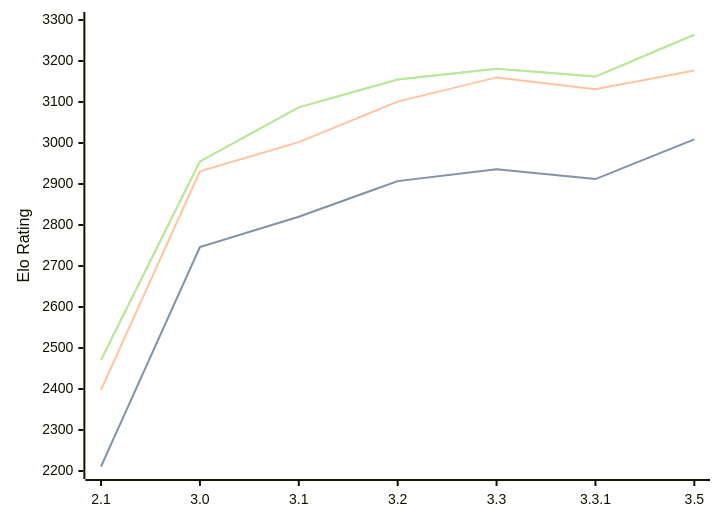
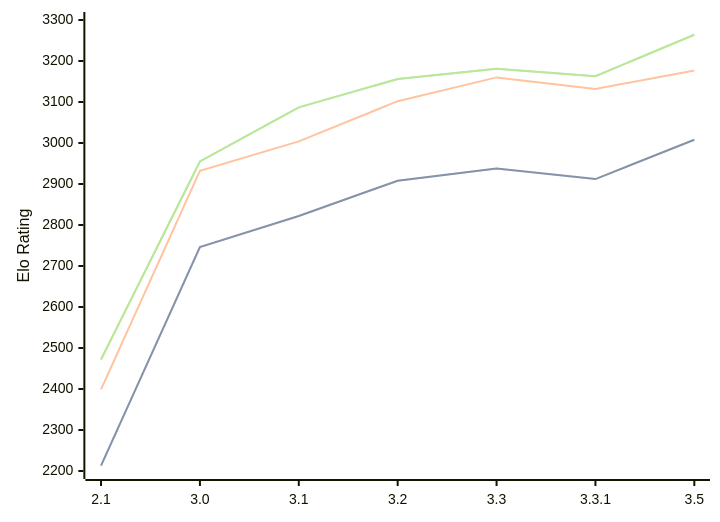
One commit to computer-chess-index/cci changed the diagram in engines/Petrel.md. Above: the diagram before and after it, drawn with Mermaid. The commit also changed other lines of this file, not shown here.

Commit message:
Update CCI Ratings (ELO VLTC) - 2026-07-25

````diff
--- a/engines/Petrel.md
+++ b/engines/Petrel.md
@@ -46,11 +46,11 @@
 ```mermaid
 %%{init: {"theme":"base","themeVariables":{"seriesColors:['#a3a3a3','#222221','#faa371']}}}%%
 xychart-beta
   x-axis ["2.1", "3.0", "3.1", "3.2", "3.3", "3.3.1", "3.5"]
   y-axis "Elo Rating" 2200 --> 3300
-  line "STC (8.0+0.08s)" [2211, 2746, 2820, 2907, 2936, 2912, 3009]
-  line "STC (8.0+0.08s)" [2211, 2746, 2820, 2907, 2936, 2912, 3009]
-  line "LTC (60.0+0.60s)" [2398, 2931, 3002, 3101, 3160, 3131, 3177]
-  line "VLTC (2m24s+1.12s)" [2471, 2955, 3087, 3155, 3181, 3162, 3264]
-  line "VLTC (2m24s+1.12s)" [2471, 2955, 3087, 3155, 3181, 3162, 3264]
+  line "STC (8.0+0.08s)" [2213, 2746, 2822, 2908, 2938, 2912, 3008]
+  line "STC (8.0+0.08s)" [2213, 2746, 2822, 2908, 2938, 2912, 3008]
+  line "LTC (60.0+0.60s)" [2399, 2932, 3004, 3102, 3160, 3132, 3177]
+  line "VLTC (2m24s+1.12s)" [2472, 2955, 3087, 3156, 3181, 3163, 3264]
+  line "VLTC (2m24s+1.12s)" [2472, 2955, 3087, 3156, 3181, 3163, 3264]
 ```
````
